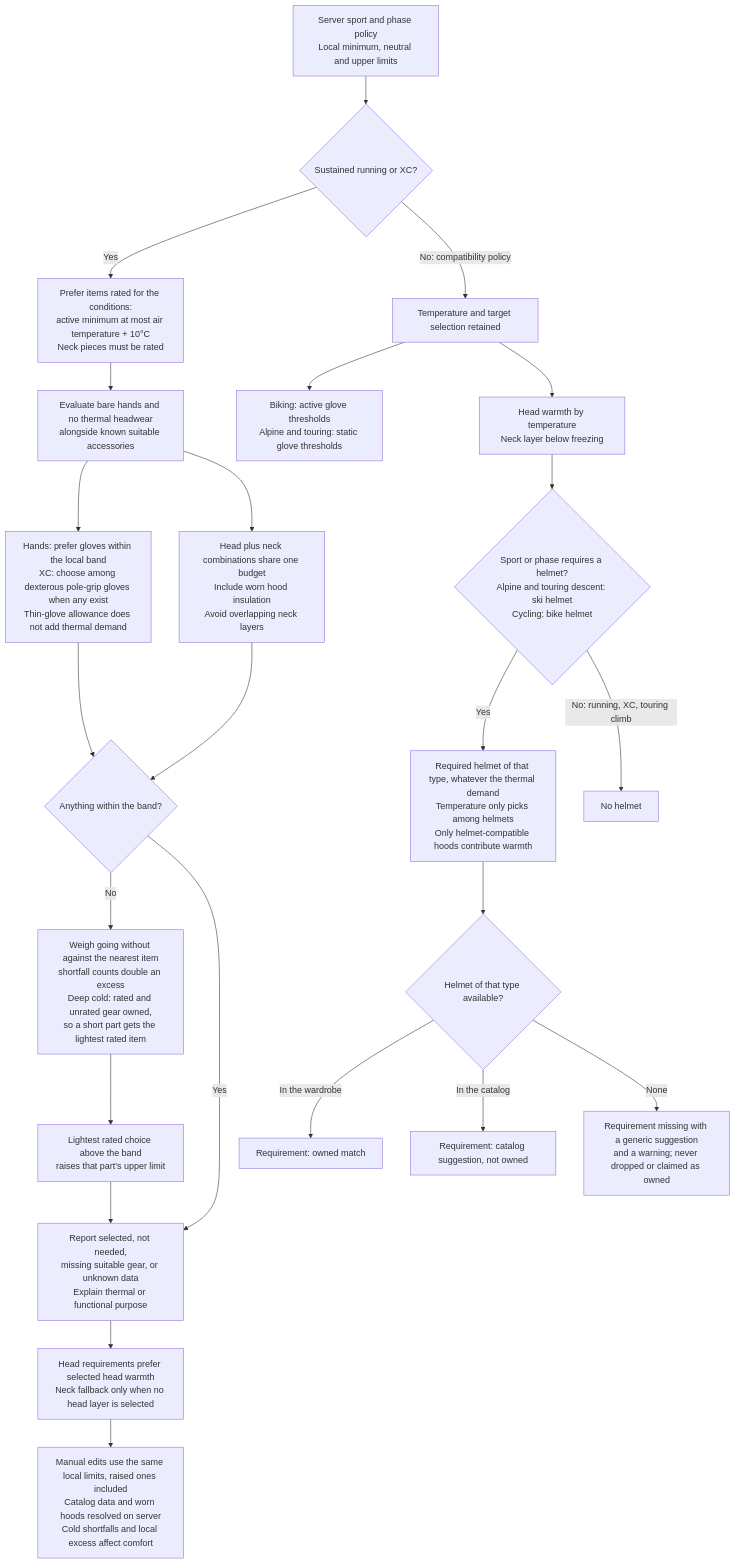
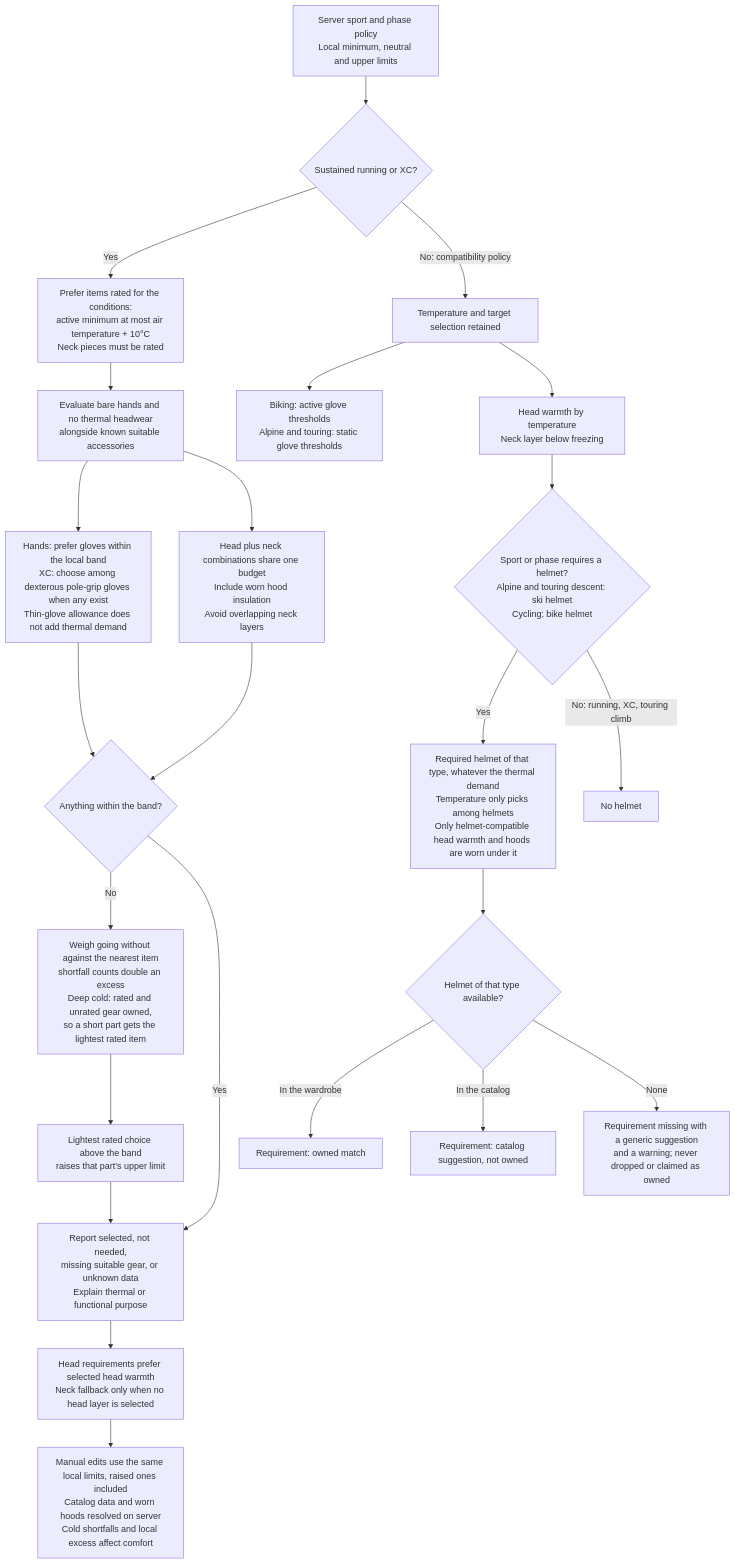
The sixth of 7 diagrams in README.md (derobertsw/swttr), drawn with Mermaid before and after one commit. The commit also changed other lines of this file and 9 other files, not shown here.

First line of the commit message:
Address review: keep the golden fixture frozen and fit head warmth under helmets

````diff
--- a/README.md
+++ b/README.md
@@ -277,26 +277,26 @@
 ```mermaid
 graph TD
     EXT[Server sport and phase policy<br/>Local minimum, neutral and upper limits] --> MODE{Sustained running or XC?}
     MODE -->|Yes| RATED[Prefer items rated for the conditions:<br/>active minimum at most air temperature + 10°C<br/>Neck pieces must be rated]
     RATED --> BARE[Evaluate bare hands and no thermal headwear<br/>alongside known suitable accessories]
     BARE --> HAND[Hands: prefer gloves within the local band<br/>XC: choose among dexterous pole-grip gloves when any exist<br/>Thin-glove allowance does not add thermal demand]
     BARE --> HEAD[Head plus neck combinations share one budget<br/>Include worn hood insulation<br/>Avoid overlapping neck layers]
     HAND --> FIT{Anything within the band?}
     HEAD --> FIT
     FIT -->|No| NEAREST[Weigh going without against the nearest item<br/>shortfall counts double an excess<br/>Deep cold: rated and unrated gear owned,<br/>so a short part gets the lightest rated item]
     NEAREST --> LIMIT[Lightest rated choice above the band<br/>raises that part's upper limit]
     FIT -->|Yes| STATE
     LIMIT --> STATE[Report selected, not needed,<br/>missing suitable gear, or unknown data<br/>Explain thermal or functional purpose]
     STATE --> MATCH[Head requirements prefer selected head warmth<br/>Neck fallback only when no head layer is selected]
     MATCH --> EDIT[Manual edits use the same local limits, raised ones included<br/>Catalog data and worn hoods resolved on server<br/>Cold shortfalls and local excess affect comfort]
     MODE -->|No: compatibility policy| LEGACY[Temperature and target selection retained]
     LEGACY --> LHAND[Biking: active glove thresholds<br/>Alpine and touring: static glove thresholds]
     LEGACY --> LHEAD[Head warmth by temperature<br/>Neck layer below freezing]
     LHEAD --> HELMET{Sport or phase requires a helmet?<br/>Alpine and touring descent: ski helmet<br/>Cycling: bike helmet}
-    HELMET -->|Yes| REQUIRED[Required helmet of that type, whatever the thermal demand<br/>Temperature only picks among helmets<br/>Only helmet-compatible hoods contribute warmth]
+    HELMET -->|Yes| REQUIRED[Required helmet of that type, whatever the thermal demand<br/>Temperature only picks among helmets<br/>Only helmet-compatible head warmth and hoods are worn under it]
     HELMET -->|No: running, XC, touring climb| NOHELMET[No helmet]
     REQUIRED --> HREQ{Helmet of that type available?}
     HREQ -->|In the wardrobe| HOWNED[Requirement: owned match]
     HREQ -->|In the catalog| HCAT[Requirement: catalog suggestion, not owned]
     HREQ -->|None| HMISS[Requirement missing with a generic suggestion<br/>and a warning; never dropped or claimed as owned]
 ```
````
